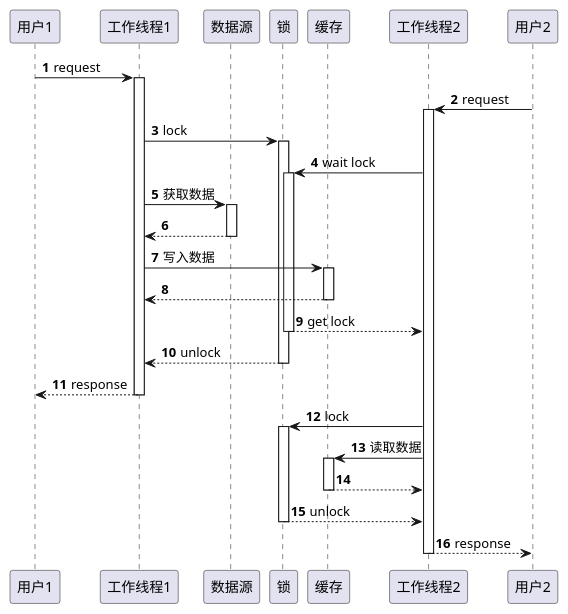
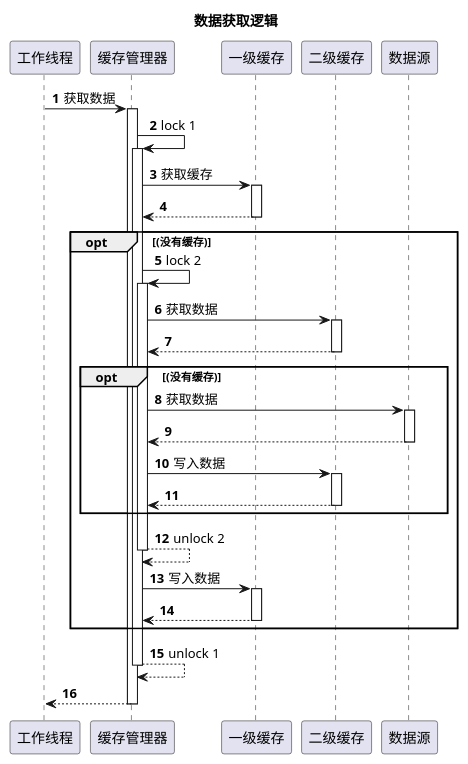
One commit to Soybeany/bd-cachev2 changed the second of 2 diagrams in src/main/resources/uml/用户请求工作时序图.puml. Above: the diagram before and after it, drawn with PlantUML.

Commit message:
优化“用户请求工作时序图”

```diff
--- a/src/main/resources/uml/用户请求工作时序图.puml
+++ b/src/main/resources/uml/用户请求工作时序图.puml
@@ -33,38 +35,28 @@
 @startuml
-'https://plantuml.com/sequence-diagram
-
-participant 用户1
-participant 工作线程1
-participant 数据源
-participant 锁
-participant 缓存
-participant 工作线程2
-participant 用户2
-
+title 数据获取逻辑
 autonumber
 
-用户1 -> 工作线程1 ++: request
-用户2 -> 工作线程2 ++: request
+工作线程-> 缓存管理器 ++: 获取数据
 
-工作线程1 -> 锁 ++: lock
-工作线程2 -> 锁 ++: wait lock
-
-工作线程1 -> 数据源 ++: 获取数据
+缓存管理器 -> 缓存管理器 ++: lock 1
+缓存管理器-> 一级缓存 ++: 获取缓存
 return
 
-工作线程1 -> 缓存 ++: 写入数据
+opt (没有缓存)
+    缓存管理器 -> 缓存管理器 ++: lock 2
+    缓存管理器-> 二级缓存 ++: 获取数据
+    return
+    opt (没有缓存)
+        缓存管理器-> 数据源 ++: 获取数据
+        return
+        缓存管理器 -> 二级缓存 ++: 写入数据
+        return
+    end
+    return unlock 2
+    缓存管理器 -> 一级缓存 ++: 写入数据
+    return
+end
+
+return unlock 1
 return
-
-return get lock
-return unlock
-
-工作线程1 --> 用户1 --: response
-工作线程2 -> 锁 ++: lock
-
-工作线程2 -> 缓存 ++: 读取数据
-return
-
-return unlock
-
-工作线程2 --> 用户2 --: response
 @enduml
```
